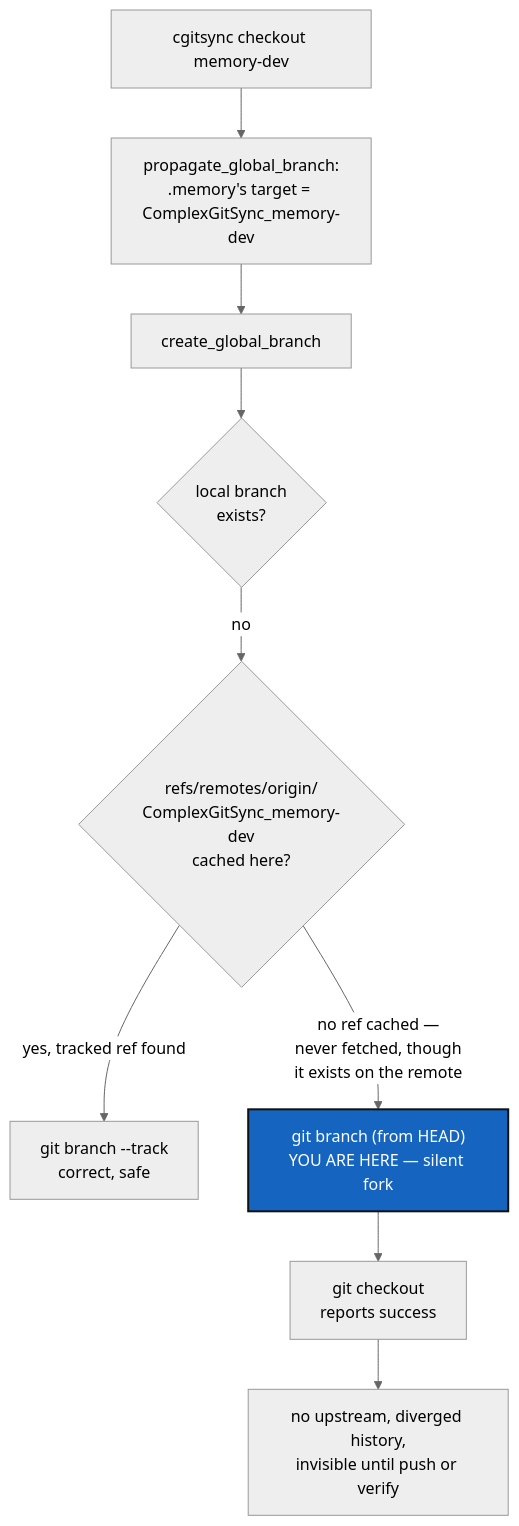
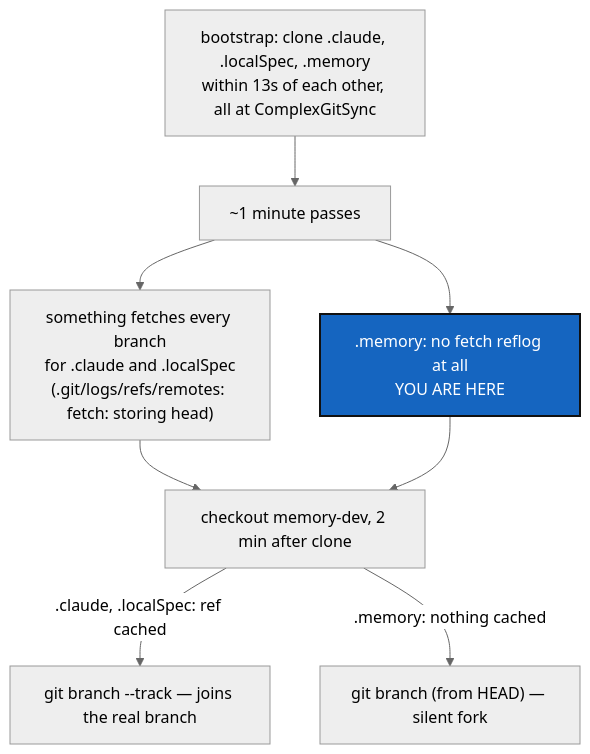
One commit to flipoyo/.localSpec changed the diagram in DevTickets/openTickets/main_1-2_CheckoutForkGuard_DevPlanTicket.md. Above: the diagram before and after it, drawn with Mermaid (neutral theme). The commit also changed other lines of this file and 1 other file, not shown here.

Commit message:
update ticket for main branch to avoid no upstream branch for memory

````diff
--- a/DevTickets/openTickets/main_1-2_CheckoutForkGuard_DevPlanTicket.md
+++ b/DevTickets/openTickets/main_1-2_CheckoutForkGuard_DevPlanTicket.md
@@ -52,14 +69,13 @@
 ```mermaid
 graph TD
-    CO["cgitsync checkout memory-dev"] --> PROP["propagate_global_branch:<br/>.memory's target = ComplexGitSync_memory-dev"]
-    PROP --> CGB["create_global_branch"]
-    CGB --> LOCAL{"local branch<br/>exists?"}
-    LOCAL -->|no| REMOTE{"refs/remotes/origin/<br/>ComplexGitSync_memory-dev<br/>cached here?"}
-    REMOTE -->|yes, tracked ref found| JOIN["git branch --track<br/>correct, safe"]
-    REMOTE -->|no ref cached —<br/>never fetched, though<br/>it exists on the remote| FORK["git branch (from HEAD)<br/>YOU ARE HERE — silent fork"]
-    FORK --> CHECKOUT["git checkout<br/>reports success"]
-    CHECKOUT --> BROKEN["no upstream, diverged history,<br/>invisible until push or verify"]
+    BOOT["bootstrap: clone .claude, .localSpec, .memory<br/>within 13s of each other, all at ComplexGitSync"] --> GAP["~1 minute passes"]
+    GAP --> FETCH["something fetches every branch<br/>for .claude and .localSpec<br/>(.git/logs/refs/remotes: fetch: storing head)"]
+    GAP --> NOFETCH[".memory: no fetch reflog at all<br/>YOU ARE HERE"]
+    FETCH --> CO["checkout memory-dev, 2 min after clone"]
+    NOFETCH --> CO
+    CO -->|.claude, .localSpec: ref cached| JOIN["git branch --track — joins the real branch"]
+    CO -->|.memory: nothing cached| FORK["git branch (from HEAD) — silent fork"]
 
     classDef here fill:#1565C0,color:#fff,stroke:#111,stroke-width:2px;
-    class FORK here;
+    class NOFETCH here;
 ```
````
